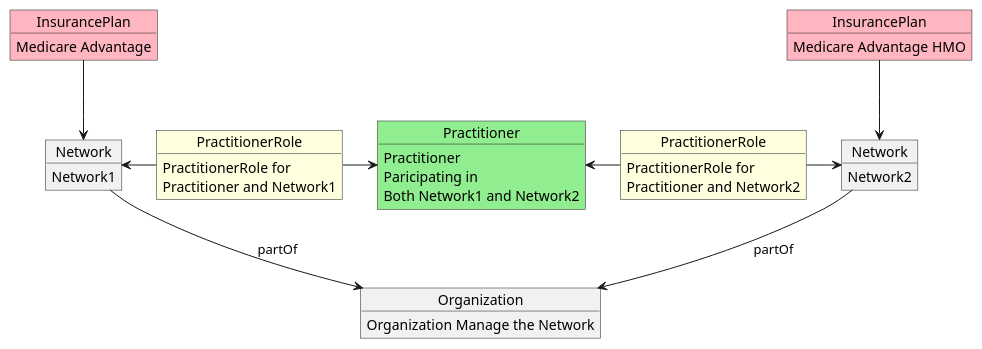
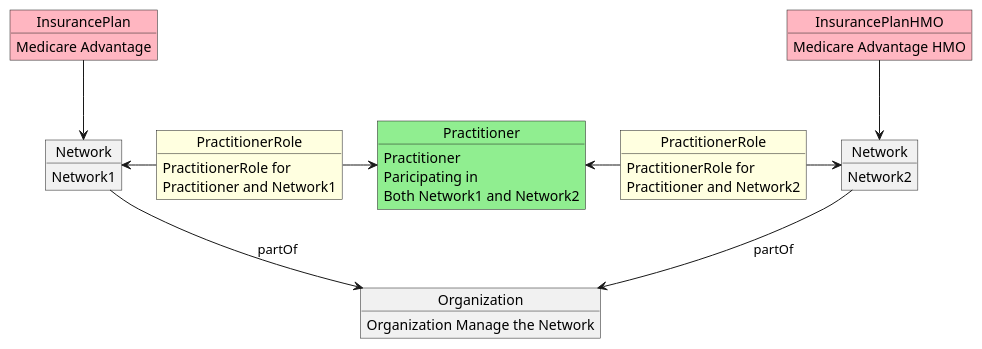
Before and after one commit to HL7/fhir-us-ndh: the diagram in input/images-source/UsecaseRel.plantuml, drawn with PlantUML. The commit also changed 5 other files, not shown here.

```diff
--- a/input/images-source/UsecaseRel.plantuml
+++ b/input/images-source/UsecaseRel.plantuml
@@ -1,42 +1,42 @@
 @startuml
 
 object "Network" as Network1
 Network1 : Network1
 object "Network" as Network2
 Network2 : Network2
 
 object "Organization" as OrgManageNetwork
 OrgManageNetwork : Organization Manage the Network
 object "Practitioner" as PractitionerOneWithNetwork1AndNetwork2  #LightGreen
 PractitionerOneWithNetwork1AndNetwork2 : Practitioner
 PractitionerOneWithNetwork1AndNetwork2 : Paricipating in
 PractitionerOneWithNetwork1AndNetwork2 : Both Network1 and Network2 
 
 object "PractitionerRole" as PractitionerOneNetwork1Role #LightYellow
 PractitionerOneNetwork1Role : PractitionerRole for
 PractitionerOneNetwork1Role : Practitioner and Network1
 
 object "PractitionerRole" as PractitionerOneNetwork2Role #LightYellow
 PractitionerOneNetwork2Role : PractitionerRole for
 PractitionerOneNetwork2Role : Practitioner and Network2
 
 object "InsurancePlan" as InsurancePlanMedicareAdvantage #LightPink
 InsurancePlanMedicareAdvantage : Medicare Advantage
 
-object "InsurancePlan" as InsurancePlanMedicareAdvantageHMO #LightPink
+object "InsurancePlanHMO" as InsurancePlanMedicareAdvantageHMO #LightPink
 InsurancePlanMedicareAdvantageHMO : Medicare Advantage HMO
 
 
 PractitionerOneNetwork1Role -right-> PractitionerOneWithNetwork1AndNetwork2
 PractitionerOneNetwork1Role -left-> Network1
 
 PractitionerOneNetwork2Role -left-> PractitionerOneWithNetwork1AndNetwork2
 PractitionerOneNetwork2Role -right-> Network2
 Network1 -down-> OrgManageNetwork : "partOf"
 Network2 -down-> OrgManageNetwork : "partOf"
 
 InsurancePlanMedicareAdvantage -down-> Network1
 InsurancePlanMedicareAdvantageHMO -down-> Network2
 
 
 @enduml
```
